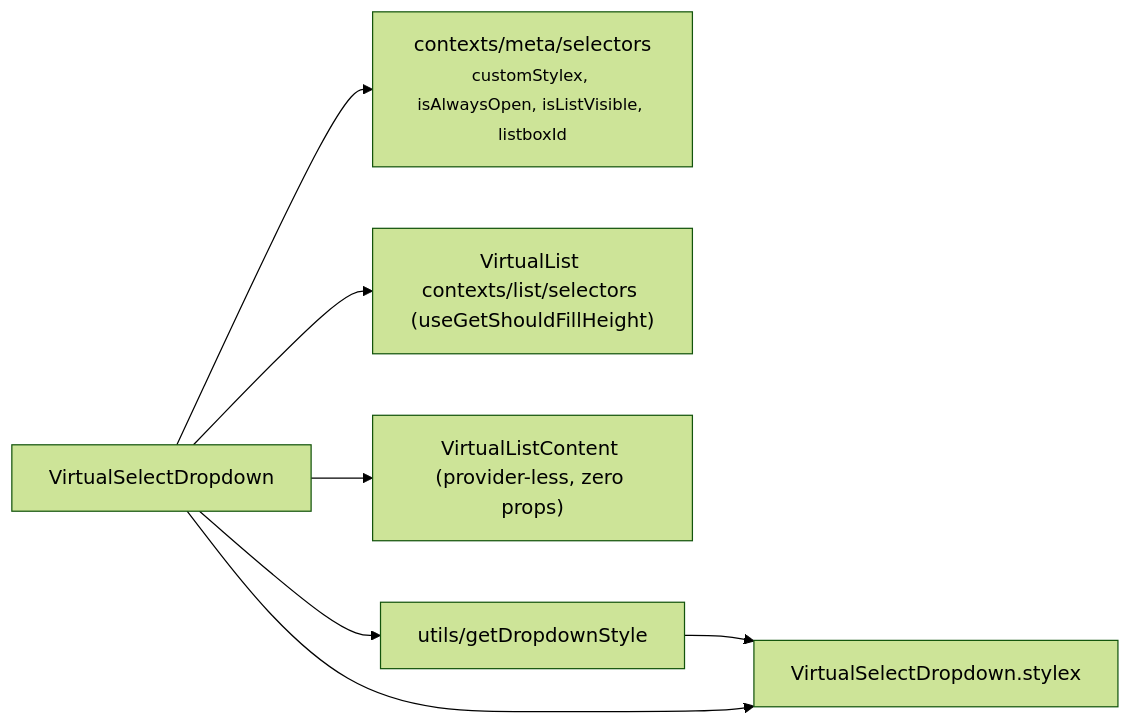
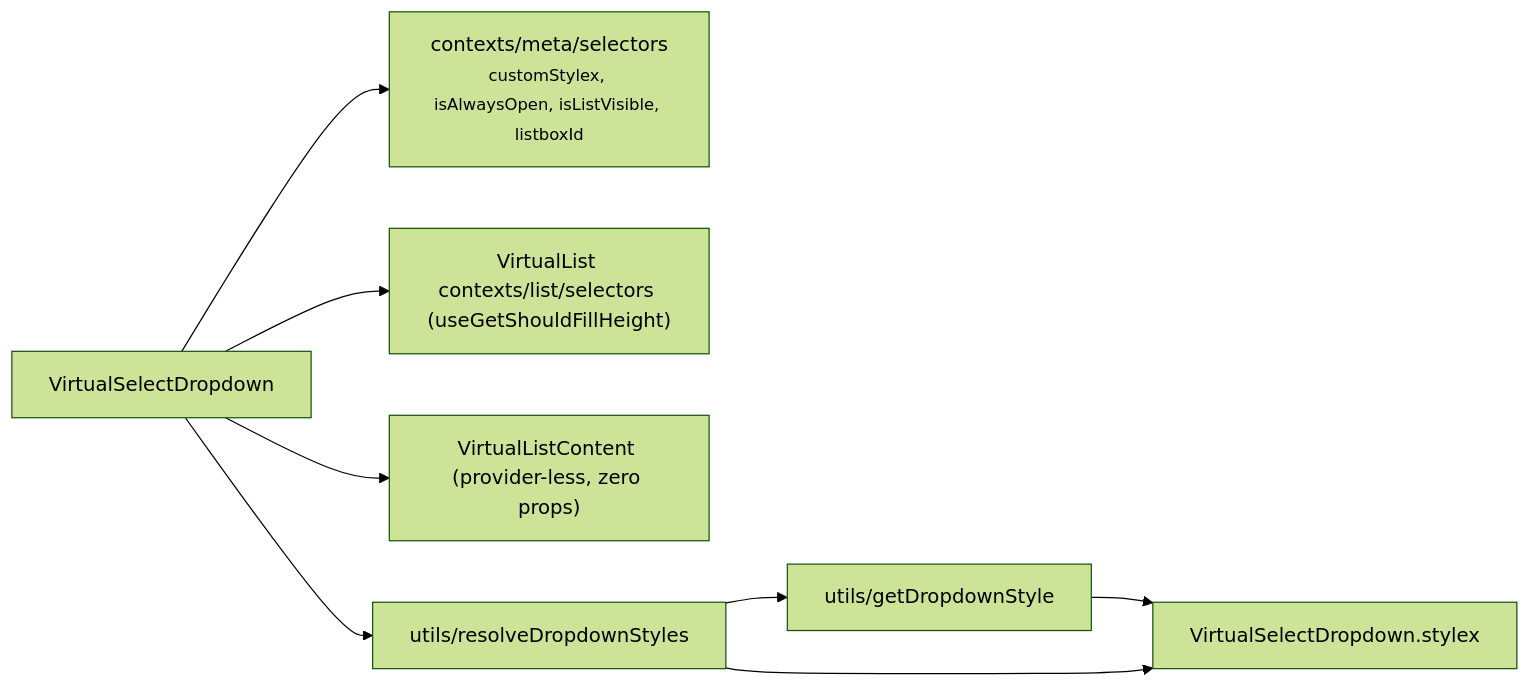
Before and after one commit to luciocabrera/lcabrera-stack: the diagram in packages/ui/src/components/VirtualSelect/VirtualSelectDropdown/ARCHITECTURE.md, drawn with Mermaid (forest theme). The commit also changed other lines of this file and 31 other files, not shown here.

````diff
--- a/packages/ui/src/components/VirtualSelect/VirtualSelectDropdown/ARCHITECTURE.md
+++ b/packages/ui/src/components/VirtualSelect/VirtualSelectDropdown/ARCHITECTURE.md
@@ -26,9 +33,10 @@
 ```mermaid
 graph LR
   VSD["VirtualSelectDropdown"] --> MSEL["contexts/meta/selectors\n<small>customStylex, isAlwaysOpen, isListVisible, listboxId</small>"]
   VSD --> LSEL["VirtualList contexts/list/selectors (useGetShouldFillHeight)"]
   VSD --> VLC["VirtualListContent (provider-less, zero props)"]
-  VSD --> GDS["utils/getDropdownStyle"]
+  VSD --> RDS["utils/resolveDropdownStyles"]
+  RDS --> GDS["utils/getDropdownStyle"]
   GDS --> VSD_stylex["VirtualSelectDropdown.stylex"]
-  VSD --> VSD_stylex
+  RDS --> VSD_stylex
 ```
````
